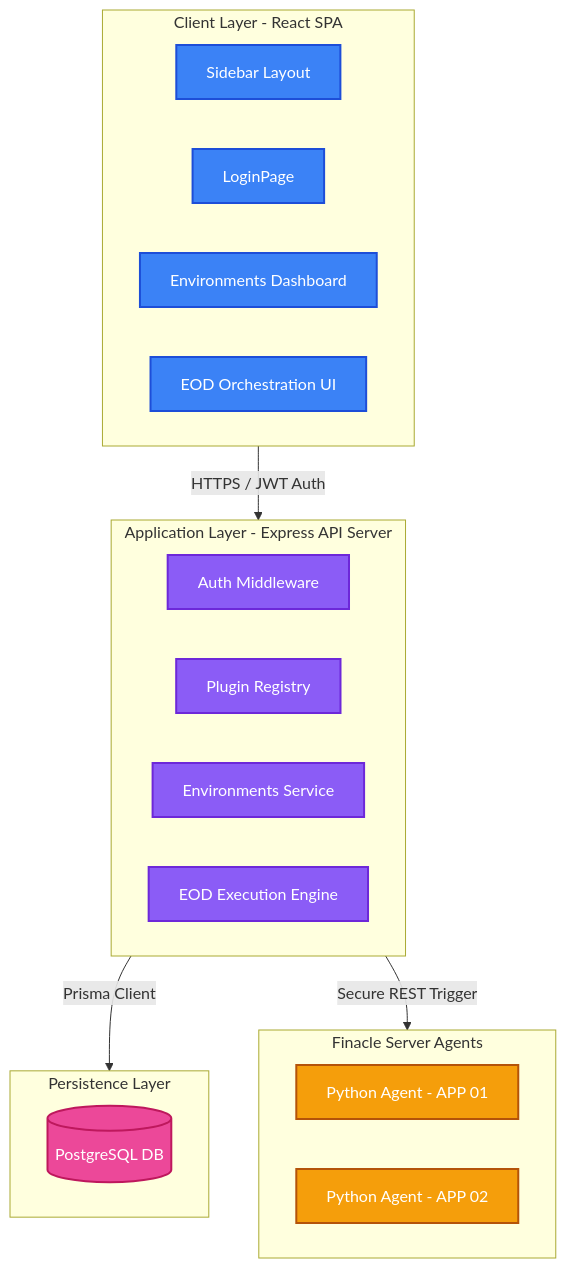
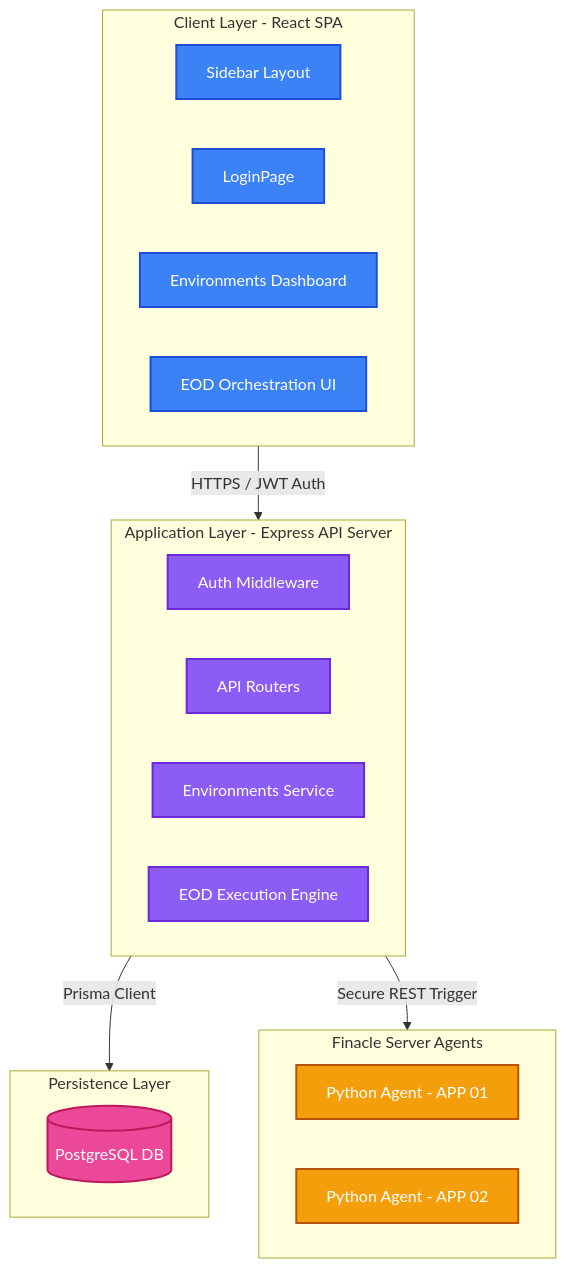
The diagram in README.md (rejithkrishnan/finops-portal), drawn with Mermaid before and after one commit. The commit also changed other lines of this file and 39 other files, not shown here.

Commit message:
feat: implement core architecture and administrative settings page for FinOps portal

````diff
--- a/README.md
+++ b/README.md
@@ -22,42 +23,42 @@
 ```mermaid
 graph TD
     %% Styling
     classDef client fill:#3b82f6,stroke:#1d4ed8,stroke-width:2px,color:#fff;
     classDef app fill:#8b5cf6,stroke:#6d28d9,stroke-width:2px,color:#fff;
     classDef db fill:#ec4899,stroke:#be185d,stroke-width:2px,color:#fff;
     classDef agent fill:#f59e0b,stroke:#b45309,stroke-width:2px,color:#fff;
     
     %% Components
     subgraph client_layer ["Client Layer - React SPA"]
         A[Sidebar Layout]
         B[LoginPage]
         C[Environments Dashboard]
         D[EOD Orchestration UI]
     end
     
     subgraph app_layer ["Application Layer - Express API Server"]
         E[Auth Middleware]
-        F[Plugin Registry]
+        F[API Routers]
         G[Environments Service]
         H[EOD Execution Engine]
     end
 
     subgraph db_layer ["Persistence Layer"]
         I[(PostgreSQL DB)]
     end
 
     subgraph agent_layer ["Finacle Server Agents"]
         J[Python Agent - APP 01]
         K[Python Agent - APP 02]
     end
 
     %% Connections
     client_layer -->|HTTPS / JWT Auth| app_layer
     app_layer -->|Prisma Client| db_layer
     app_layer -->|Secure REST Trigger| agent_layer
     
     class A,B,C,D client;
     class E,F,G,H app;
     class I db;
     class J,K agent;
 ```
````
